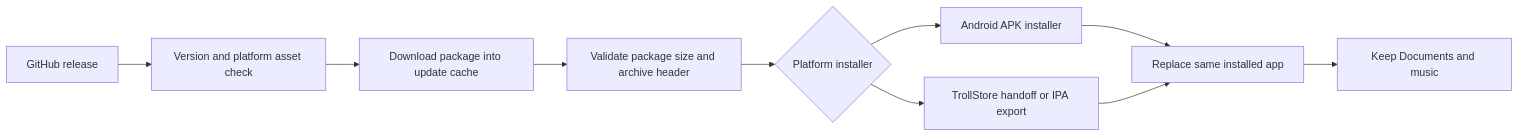
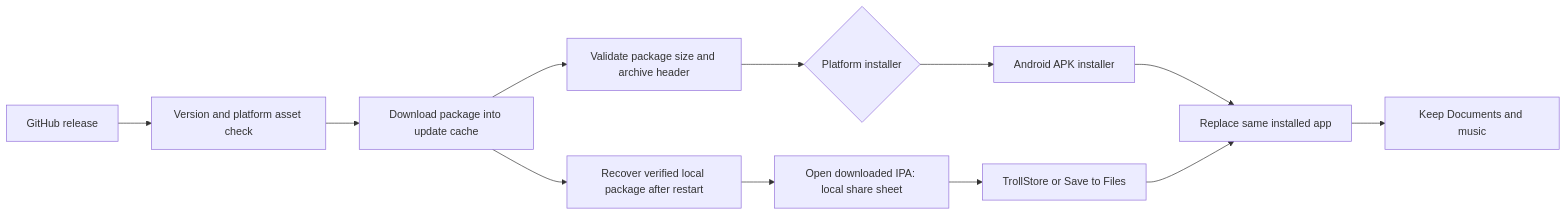
The sixth of 6 diagrams in docs/architecture.md (naveed-gung/Monolith), drawn with Mermaid before and after one commit. The commit also changed other lines of this file and 28 other files, not shown here.

````diff
--- a/docs/architecture.md
+++ b/docs/architecture.md
@@ -133,12 +135,14 @@
 ```mermaid
 flowchart LR
     Release[GitHub release] --> Check[Version and platform asset check]
     Check --> Cache[Download package into update cache]
     Cache --> Validate[Validate package size and archive header]
     Validate --> Installer{Platform installer}
     Installer --> Android[Android APK installer]
-    Installer --> Troll[TrollStore handoff or IPA export]
+    Cache --> Restore[Recover verified local package after restart]
+    Restore --> Share[Open downloaded IPA: local share sheet]
+    Share --> Troll[TrollStore or Save to Files]
     Android --> Replace[Replace same installed app]
     Troll --> Replace
     Replace --> Data[Keep Documents and music]
 ```
````
